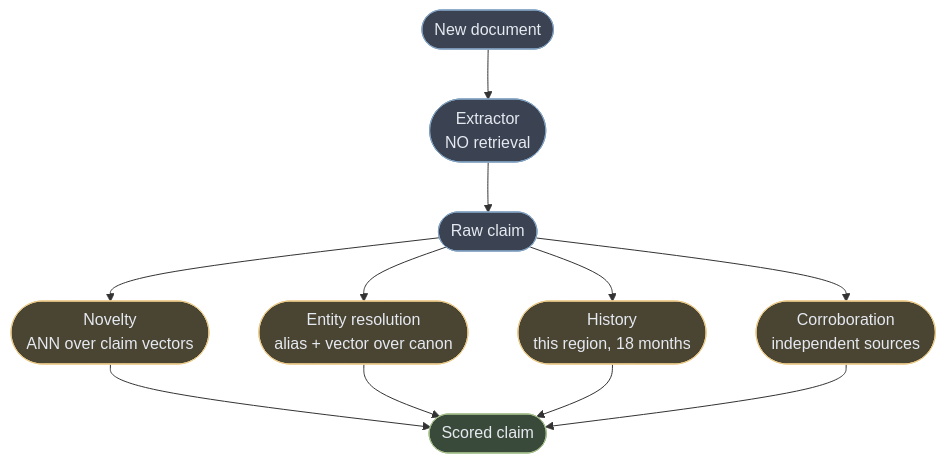
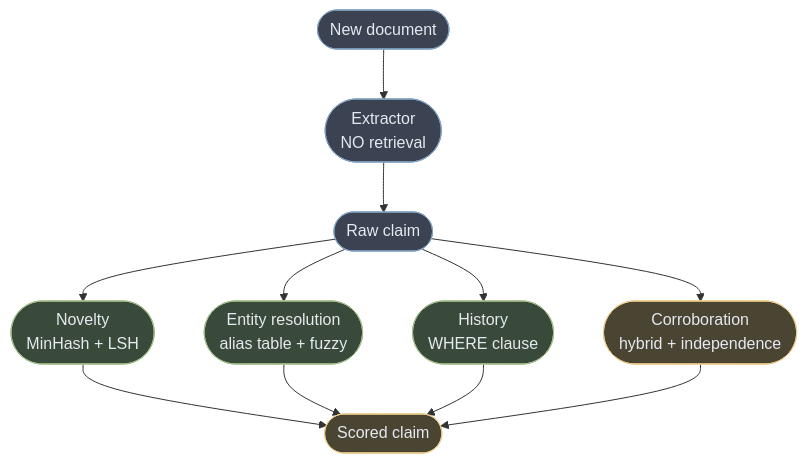
One commit to rppol/trading-agent changed the third of 5 diagrams in docs/PIPELINE.md. Above: the diagram before and after it, drawn with Mermaid. The commit also changed other lines of this file, not shown here.

````diff
--- a/docs/PIPELINE.md
+++ b/docs/PIPELINE.md
@@ -231,19 +233,19 @@
 ```mermaid
 flowchart TB
   D([New document]) --> X([Extractor<br/>NO retrieval])
   X --> C([Raw claim])
-  C --> R1([Novelty<br/>ANN over claim vectors])
-  C --> R2([Entity resolution<br/>alias + vector over canon])
-  C --> R3([History<br/>this region, 18 months])
-  C --> R4([Corroboration<br/>independent sources])
+  C --> R1([Novelty<br/>MinHash + LSH])
+  C --> R2([Entity resolution<br/>alias table + fuzzy])
+  C --> R3([History<br/>WHERE clause])
+  C --> R4([Corroboration<br/>hybrid + independence])
   R1 --> S([Scored claim])
   R2 --> S
   R3 --> S
   R4 --> S
   classDef doc fill:#3b4252,stroke:#81a1c1,color:#e5e9f0
+  classDef cheap fill:#3a4a3a,stroke:#a3be8c,color:#e5e9f0
   classDef ret fill:#4a4433,stroke:#ebcb8b,color:#e5e9f0
-  classDef out fill:#3a4a3a,stroke:#a3be8c,color:#e5e9f0
   class D,X,C doc
-  class R1,R2,R3,R4 ret
-  class S out
+  class R1,R2,R3 cheap
+  class R4,S ret
 ```
````
